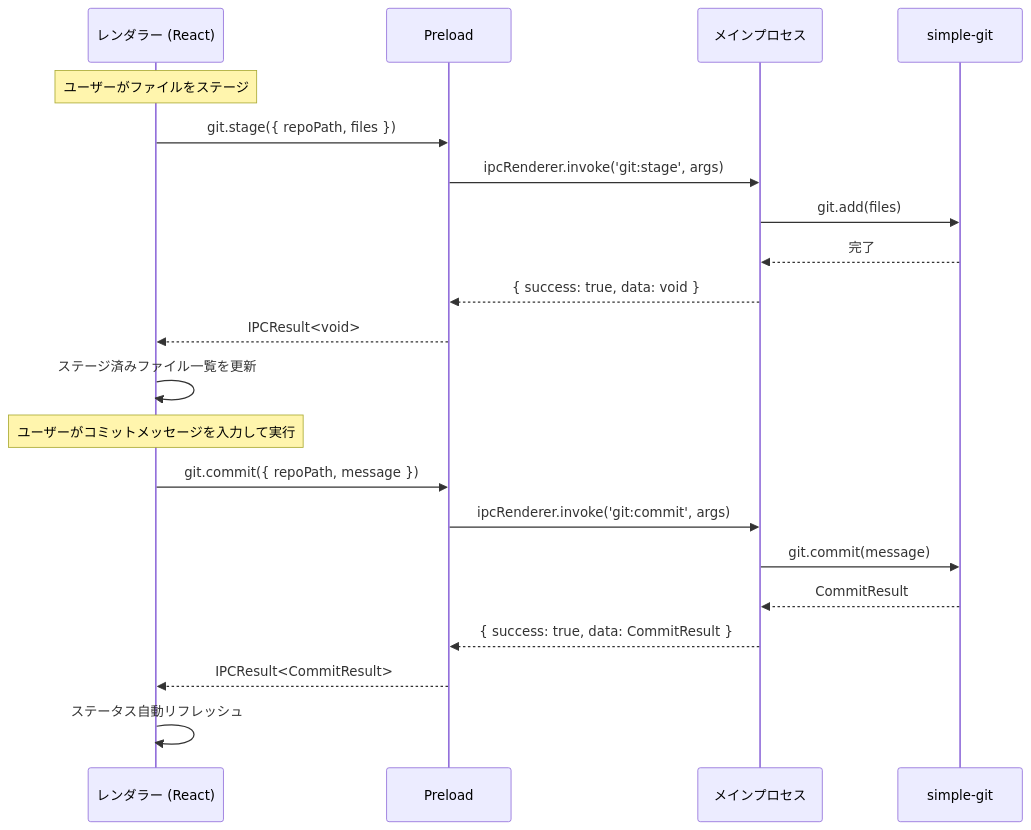
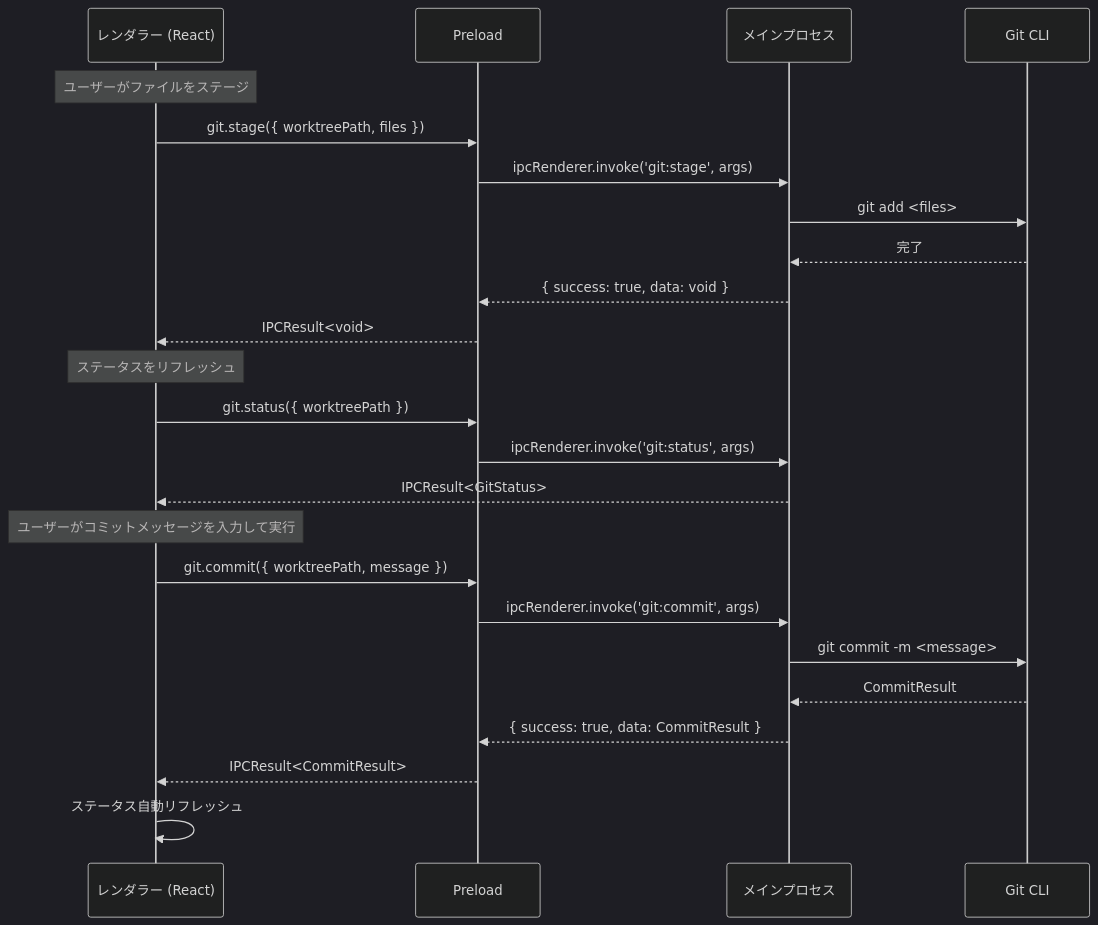
The first of 3 diagrams in .sdd/specification/basic-git-operations_spec.md (ToshikiImagawa/Buruma), drawn with Mermaid before and after one commit. The commit also changed other lines of this file and 2 other files, not shown here.

First line of the commit message:
[docs] Revise *basic-git-operations.md* with updated structure and enhanced details

````diff
--- a/.sdd/specification/basic-git-operations_spec.md
+++ b/.sdd/specification/basic-git-operations_spec.md
@@ -344,25 +313,30 @@
 ```mermaid
+%%{init: {'theme': 'dark'}}%%
 sequenceDiagram
     participant Renderer as レンダラー (React)
     participant Preload as Preload
     participant Main as メインプロセス
-    participant Git as simple-git
+    participant Git as Git CLI
 
     Note over Renderer: ユーザーがファイルをステージ
-    Renderer ->> Preload: git.stage({ repoPath, files })
+    Renderer ->> Preload: git.stage({ worktreePath, files })
     Preload ->> Main: ipcRenderer.invoke('git:stage', args)
-    Main ->> Git: git.add(files)
+    Main ->> Git: git add <files>
     Git -->> Main: 完了
     Main -->> Preload: { success: true, data: void }
     Preload -->> Renderer: IPCResult<void>
-    Renderer ->> Renderer: ステージ済みファイル一覧を更新
+
+    Note over Renderer: ステータスをリフレッシュ
+    Renderer ->> Preload: git.status({ worktreePath })
+    Preload ->> Main: ipcRenderer.invoke('git:status', args)
+    Main -->> Renderer: IPCResult<GitStatus>
 
     Note over Renderer: ユーザーがコミットメッセージを入力して実行
-    Renderer ->> Preload: git.commit({ repoPath, message })
+    Renderer ->> Preload: git.commit({ worktreePath, message })
     Preload ->> Main: ipcRenderer.invoke('git:commit', args)
-    Main ->> Git: git.commit(message)
+    Main ->> Git: git commit -m <message>
     Git -->> Main: CommitResult
     Main -->> Preload: { success: true, data: CommitResult }
     Preload -->> Renderer: IPCResult<CommitResult>
     Renderer ->> Renderer: ステータス自動リフレッシュ
 ```
````
